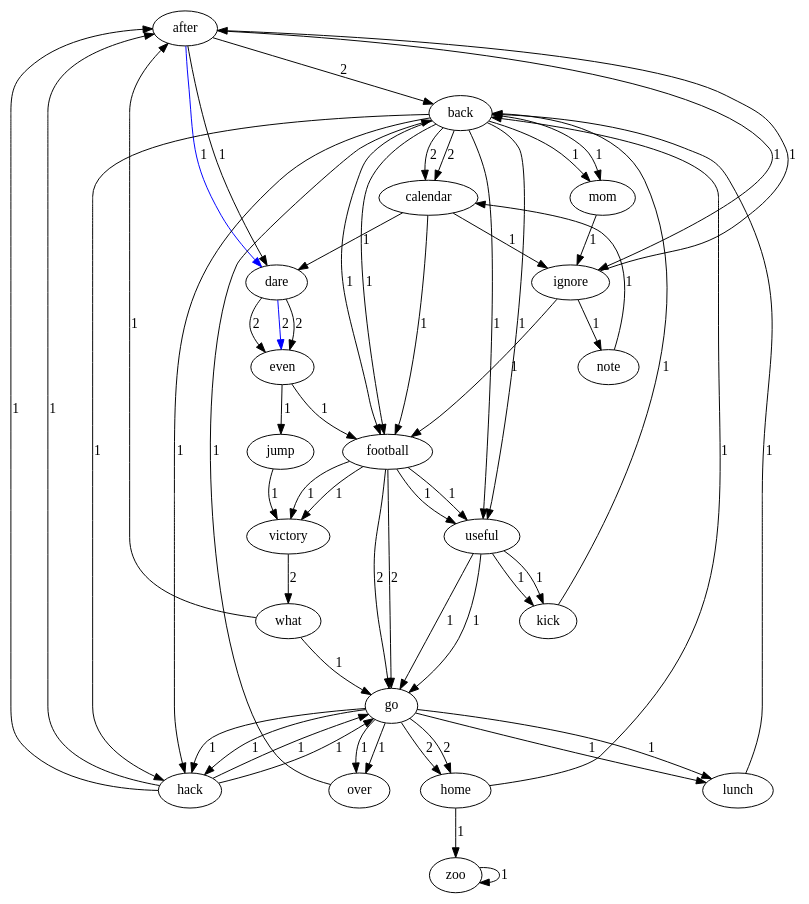
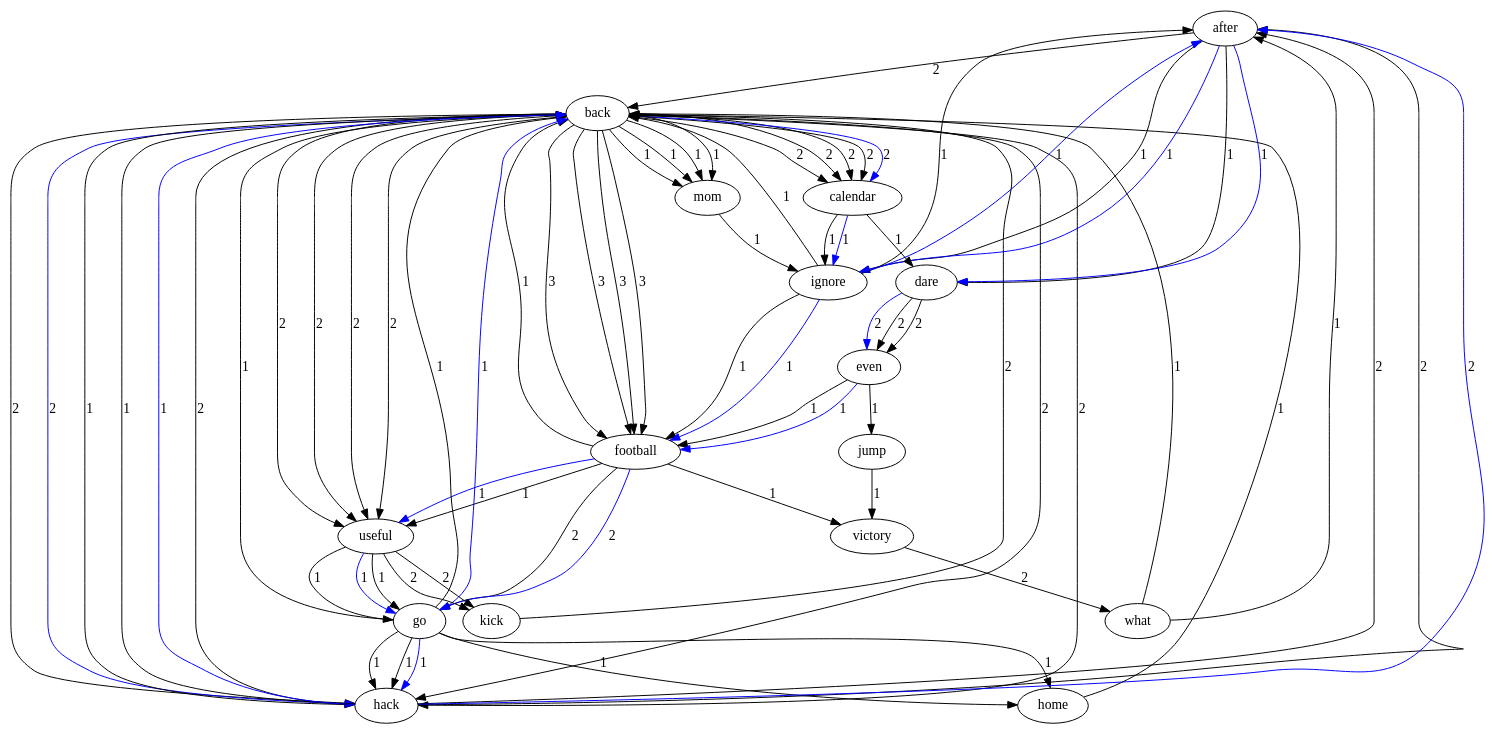
The diagram in dotfilenew.dot (holynova-SD/Lab4), drawn with Graphviz before and after one commit. The commit also changed 8 other files, not shown here.

```diff
--- a/dotfilenew.dot
+++ b/dotfilenew.dot
@@ -1,63 +1,91 @@
 digraph graphname{ 
 after->back[ label = 2 ]; 
 after->dare[ label = 1 ]; 
 after->ignore[ label = 1 ]; 
 ignore->after[ label = 1 ]; 
+ignore->back[ label = 1 ]; 
 ignore->football[ label = 1 ]; 
-ignore->note[ label = 1 ]; 
-note->calendar[ label = 1 ]; 
-calendar->dare[ label = 1 ]; 
-calendar->football[ label = 1 ]; 
-calendar->ignore[ label = 1 ]; 
+football->back[ label = 1 ]; 
 football->go[ label = 2 ]; 
 football->useful[ label = 1 ]; 
 football->victory[ label = 1 ]; 
 victory->what[ label = 2 ]; 
 what->after[ label = 1 ]; 
-what->go[ label = 1 ]; 
+what->back[ label = 1 ]; 
+back->calendar[ label = 2 ]; 
+back->football[ label = 3 ]; 
+back->hack[ label = 2 ]; 
+back->mom[ label = 1 ]; 
+back->useful[ label = 2 ]; 
+useful->go[ label = 1 ]; 
+useful->kick[ label = 2 ]; 
+kick->back[ label = 2 ]; 
+go->back[ label = 1 ]; 
 go->hack[ label = 1 ]; 
-go->home[ label = 2 ]; 
-go->lunch[ label = 1 ]; 
-go->over[ label = 1 ]; 
-over->back[ label = 1 ]; 
-back->calendar[ label = 2 ]; 
-back->football[ label = 1 ]; 
-back->hack[ label = 1 ]; 
-back->mom[ label = 1 ]; 
-back->useful[ label = 1 ]; 
-useful->go[ label = 1 ]; 
-useful->kick[ label = 1 ]; 
-kick->back[ label = 1 ]; 
+go->home[ label = 1 ]; 
+home->back[ label = 1 ]; 
+hack->after[ label = 2 ]; 
+hack->back[ label = 1 ]; 
 mom->ignore[ label = 1 ]; 
-hack->after[ label = 1 ]; 
-hack->go[ label = 1 ]; 
-lunch->back[ label = 1 ]; 
-home->back[ label = 1 ]; 
-home->zoo[ label = 1 ]; 
-zoo->zoo[ label = 1 ]; 
-hack->after[ label = 1 ]; 
-hack->go[ label = 1 ]; 
-useful->go[ label = 1 ]; 
-useful->kick[ label = 1 ]; 
-go->hack[ label = 1 ]; 
-go->home[ label = 2 ]; 
-go->lunch[ label = 1 ]; 
-go->over[ label = 1 ]; 
+hack->after[ label = 2 ]; 
+hack->back[ label = 1 ]; 
+calendar->dare[ label = 1 ]; 
+calendar->ignore[ label = 1 ]; 
 dare->even[ label = 2 ]; 
 even->football[ label = 1 ]; 
 even->jump[ label = 1 ]; 
 jump->victory[ label = 1 ]; 
-football->go[ label = 2 ]; 
-football->useful[ label = 1 ]; 
-football->victory[ label = 1 ]; 
+useful->go[ label = 1 ]; 
+useful->kick[ label = 2 ]; 
+go->back[ label = 1 ]; 
+go->hack[ label = 1 ]; 
+go->home[ label = 1 ]; 
+back->calendar[ label = 2 ]; 
+back->football[ label = 3 ]; 
+back->hack[ label = 2 ]; 
+back->mom[ label = 1 ]; 
+back->useful[ label = 2 ]; 
+back->calendar[ label = 2 ]; 
+back->football[ label = 3 ]; 
+back->hack[ label = 2 ]; 
+back->mom[ label = 1 ]; 
+back->useful[ label = 2 ]; 
 dare->even[ label = 2 ]; 
 back->calendar[ label = 2 ]; 
-back->football[ label = 1 ]; 
-back->hack[ label = 1 ]; 
+back->football[ label = 3 ]; 
+back->hack[ label = 2 ]; 
 back->mom[ label = 1 ]; 
-back->useful[ label = 1 ]; 
+back->useful[ label = 2 ]; 
+
+ignore -> after[ label = 1, color = blue ] 
 
 after -> dare[ label = 1, color = blue ] 
 
 dare -> even[ label = 2, color = blue ] 
+
+even -> football[ label = 1, color = blue ] 
+
+football -> go[ label = 2, color = blue ] 
+
+go -> back[ label = 1, color = blue ] 
+
+back -> hack[ label = 2, color = blue ] 
+
+hack -> after[ label = 2, color = blue ] 
+
+after -> ignore[ label = 1, color = blue ] 
+
+ignore -> football[ label = 1, color = blue ] 
+
+football -> useful[ label = 1, color = blue ] 
+
+useful -> go[ label = 1, color = blue ] 
+
+go -> hack[ label = 1, color = blue ] 
+
+hack -> back[ label = 1, color = blue ] 
+
+back -> calendar[ label = 2, color = blue ] 
+
+calendar -> ignore[ label = 1, color = blue ] 
 }
```
